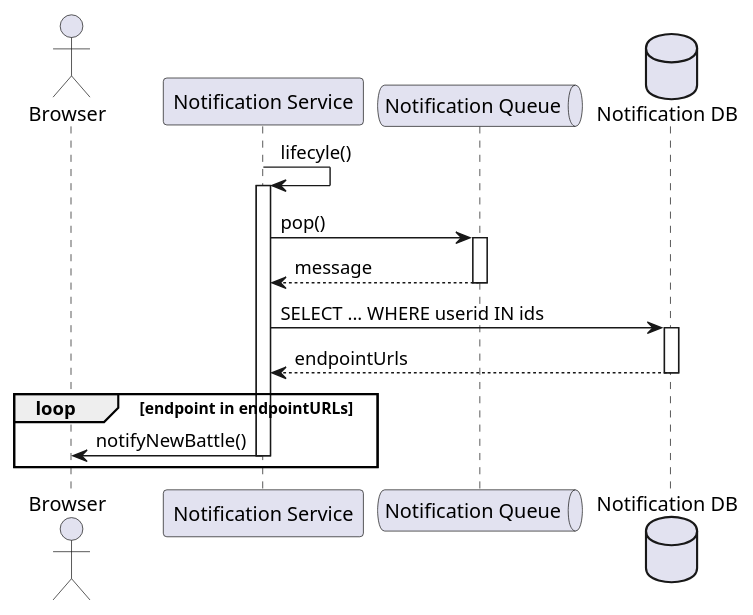
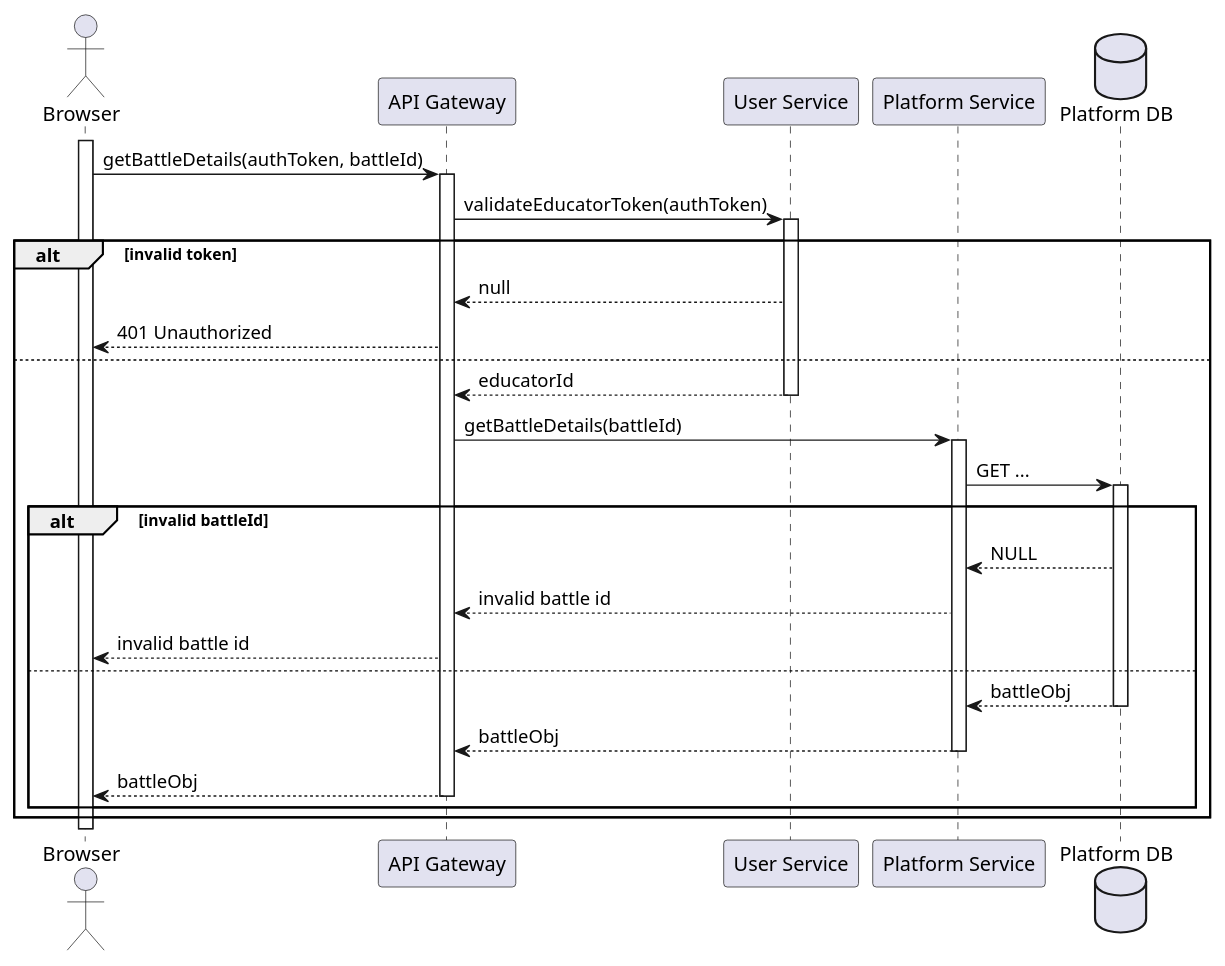
The diagram in dd/puml/rw0.4.puml (Furrrlo/CodeKataBattle), drawn with PlantUML before and after one commit. The commit also changed 5 other files, not shown here.

```diff
--- a/dd/puml/rw0.4.puml
+++ b/dd/puml/rw0.4.puml
@@ -1,21 +1,35 @@
-@startuml RW0.4 - Send notification
+@startuml RW0.4 - User gets battle details
+
+actor Browser
+
+participant "API Gateway" as gateway
+participant "User Service" as auth
+
+participant "Platform Service" as platform
+database "Platform DB" as platformDb
+
+activate Browser
+Browser -> gateway ++ : getBattleDetails(authToken, battleId)
+gateway -> auth ++ : validateEducatorToken(authToken)
+alt invalid token
+    gateway <-- auth : null
+    Browser <-- gateway : 401 Unauthorized
+else
+    gateway <-- auth -- : educatorId
+    gateway -> platform ++ : getBattleDetails(battleId)
+
+    platform -> platformDb ++ : GET ...
+
+    alt invalid battleId
+        platform <-- platformDb : NULL
+        gateway <-- platform : invalid battle id
+        Browser <-- gateway : invalid battle id
+    else
+        platform <-- platformDb -- : battleObj
+        gateway <-- platform -- : battleObj
+        Browser <-- gateway -- : battleObj
+    end
+end
 
 
-actor Browser
-participant "Notification Service" as notification
-queue "Notification Queue" as notificationQueue
-database "Notification DB" as db
-
-notification -> notification ++ : lifecyle()
-notification -> notificationQueue ++: pop()
-notification <-- notificationQueue --: message
-
-notification -> db ++: SELECT ... WHERE userid IN ids
-notification <-- db --: endpointUrls
-
-loop endpoint in endpointURLs
-    notification -> Browser : notifyNewBattle()    
-    deactivate notification
-end
-
 @enduml
```
